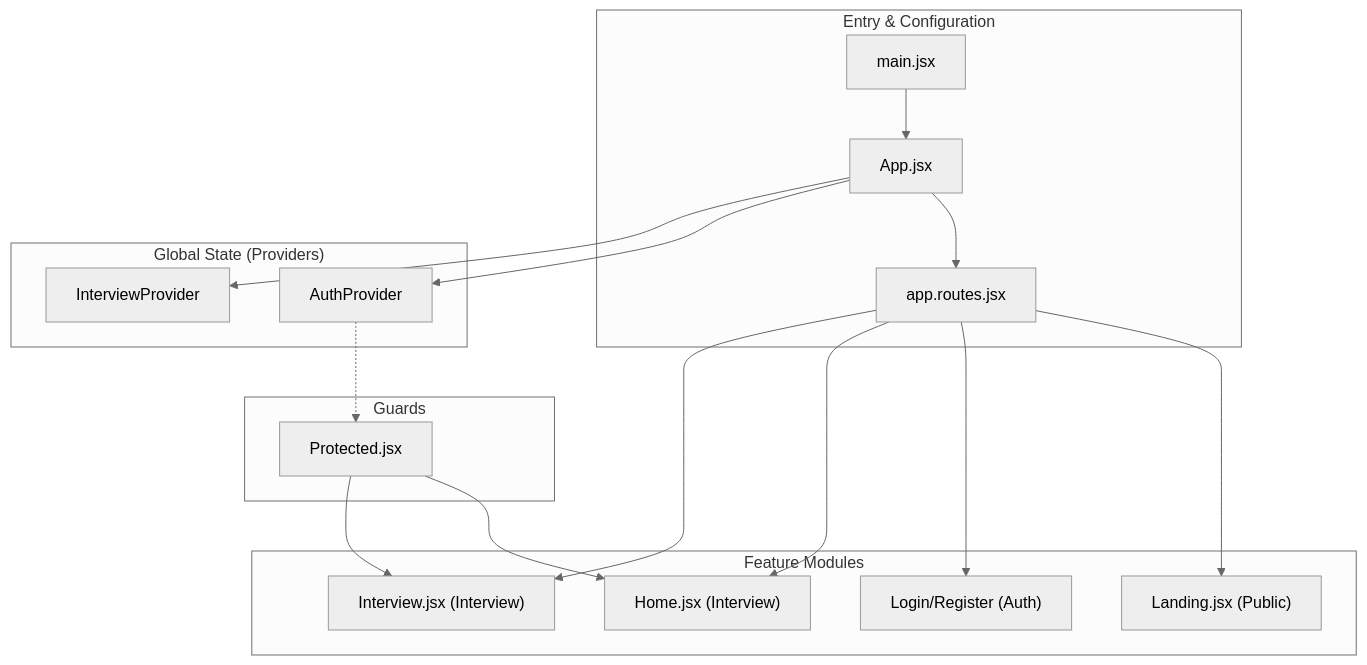
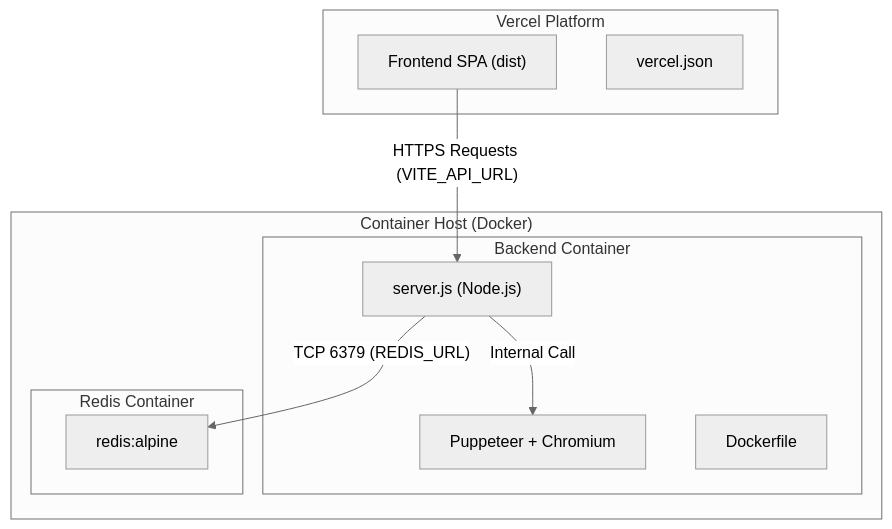
One commit to harshitzofficial/Job-Prep-Platform changed the fifth of 15 diagrams in README.md. Above: the diagram before and after it, drawn with Mermaid (neutral theme). The commit also changed other lines of this file, not shown here.

````diff
--- a/README.md
+++ b/README.md
@@ -533,25 +405,23 @@
 ```mermaid
 graph TD
-    subgraph "Entry & Configuration"
-        MAIN["main.jsx"] --> APP["App.jsx"]
-        APP --> ROUTES["app.routes.jsx"]
+    subgraph "Vercel Platform"
+        FE["Frontend SPA (dist)"]
+        VJ["vercel.json"]
     end
-
-    subgraph "Global State (Providers)"
-        APP --> AUTH_P["AuthProvider"]
-        APP --> INT_P["InterviewProvider"]
+ 
+    subgraph "Container Host (Docker)"
+        subgraph "Backend Container"
+            SVR["server.js (Node.js)"]
+            PUP["Puppeteer + Chromium"]
+            DF["Dockerfile"]
+        end
+ 
+        subgraph "Redis Container"
+            RD["redis:alpine"]
+        end
     end
-
-    subgraph "Feature Modules"
-        ROUTES --> LAND["Landing.jsx (Public)"]
-        ROUTES --> AUTH["Login/Register (Auth)"]
-        ROUTES --> DASH["Home.jsx (Interview)"]
-        ROUTES --> DETAIL["Interview.jsx (Interview)"]
-    end
-
-    subgraph "Guards"
-        AUTH_P -.-> PROT["Protected.jsx"]
-        PROT --> DASH
-        PROT --> DETAIL
-    end
+ 
+    FE -- "HTTPS Requests (VITE_API_URL)" --> SVR
+    SVR -- "TCP 6379 (REDIS_URL)" --> RD
+    SVR -- "Internal Call" --> PUP
 ```
````
